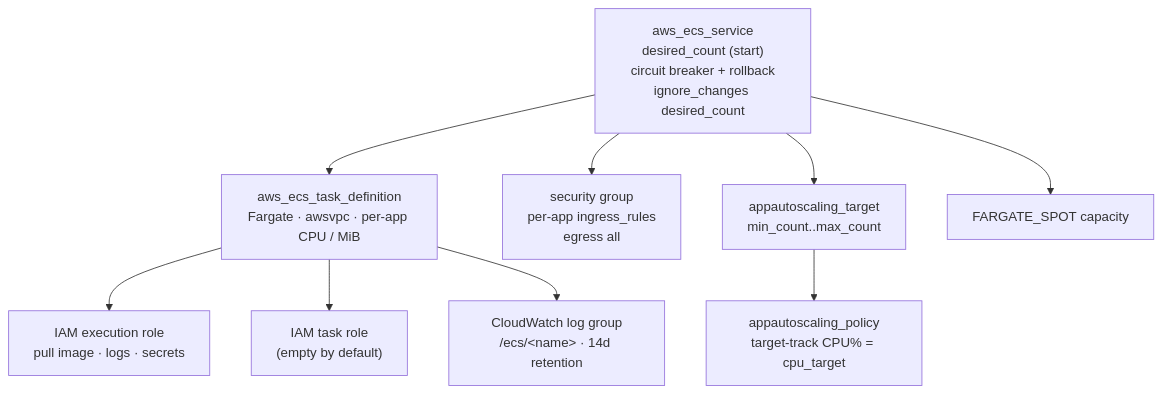
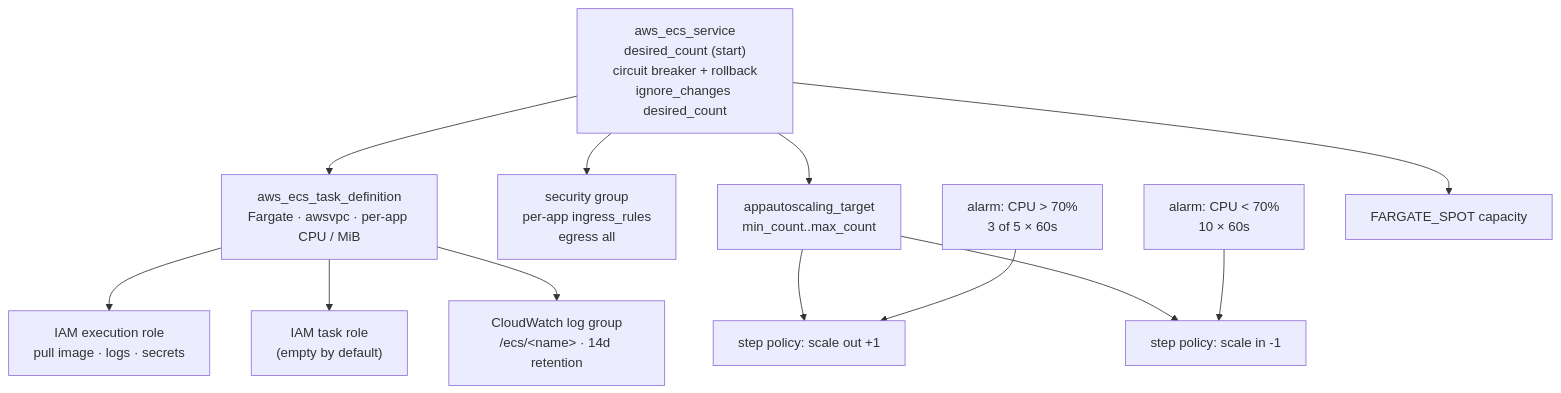
One commit to damatechguy27/terraform-aws-projects changed the fourth of 5 diagrams in ecs-tst-env/branch/client1/platform/README.md. Above: the diagram before and after it, drawn with Mermaid. The commit also changed other lines of this file and 5 other files, not shown here.

````diff
--- a/ecs-tst-env/branch/client1/platform/README.md
+++ b/ecs-tst-env/branch/client1/platform/README.md
@@ -105,21 +125,27 @@
 ```mermaid
 graph TD
     svc["aws_ecs_service<br/>desired_count (start)<br/>circuit breaker + rollback<br/>ignore_changes desired_count"]
     td["aws_ecs_task_definition<br/>Fargate · awsvpc · per-app CPU / MiB"]
     sg["security group<br/>per-app ingress_rules<br/>egress all"]
     asg["appautoscaling_target<br/>min_count..max_count"]
-    pol["appautoscaling_policy<br/>target-track CPU% = cpu_target"]
+    outp["step policy: scale out +1"]
+    inp["step policy: scale in -1"]
+    ahi["alarm: CPU &gt; 70%<br/>3 of 5 × 60s"]
+    alo["alarm: CPU &lt; 70%<br/>10 × 60s"]
     exec["IAM execution role<br/>pull image · logs · secrets"]
     task["IAM task role<br/>(empty by default)"]
     log["CloudWatch log group<br/>/ecs/&lt;name&gt; · 14d retention"]
     spot["FARGATE_SPOT capacity"]
 
     svc --> td
     svc --> sg
     svc --> spot
     svc --> asg
-    asg --> pol
+    asg --> outp
+    asg --> inp
+    ahi --> outp
+    alo --> inp
     td --> exec
     td --> task
     td --> log
 ```
````
